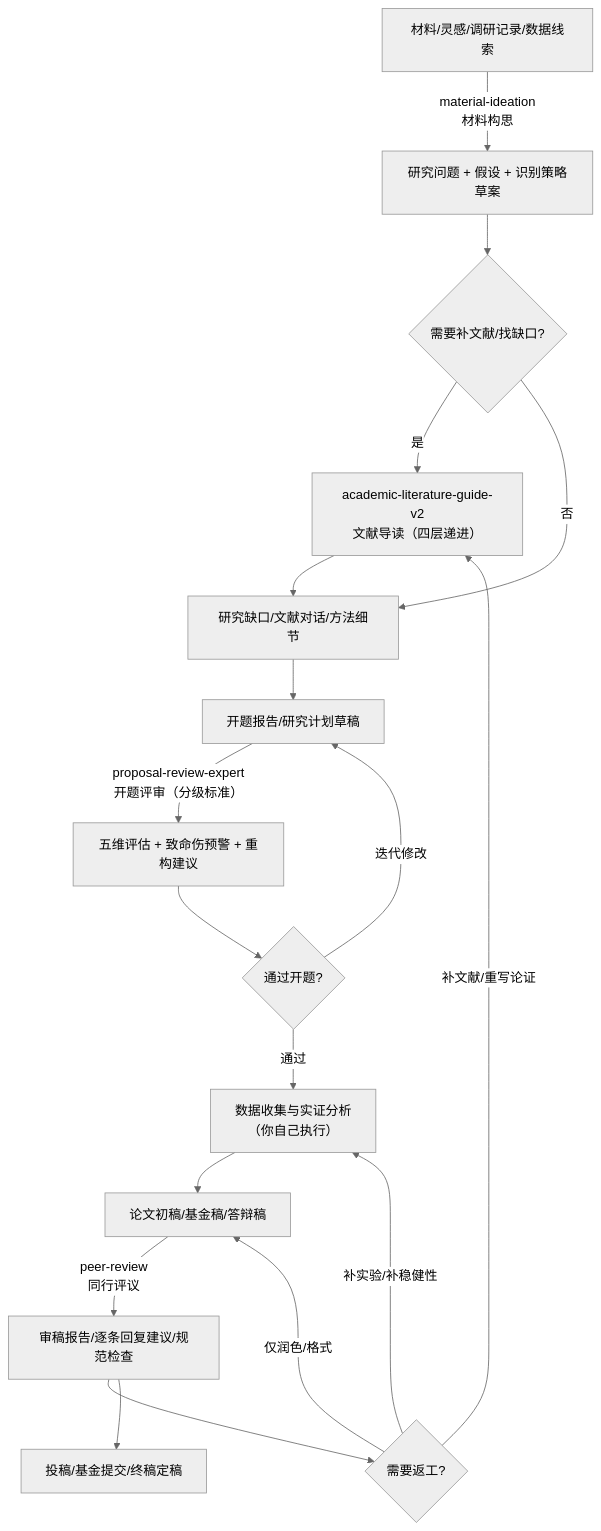
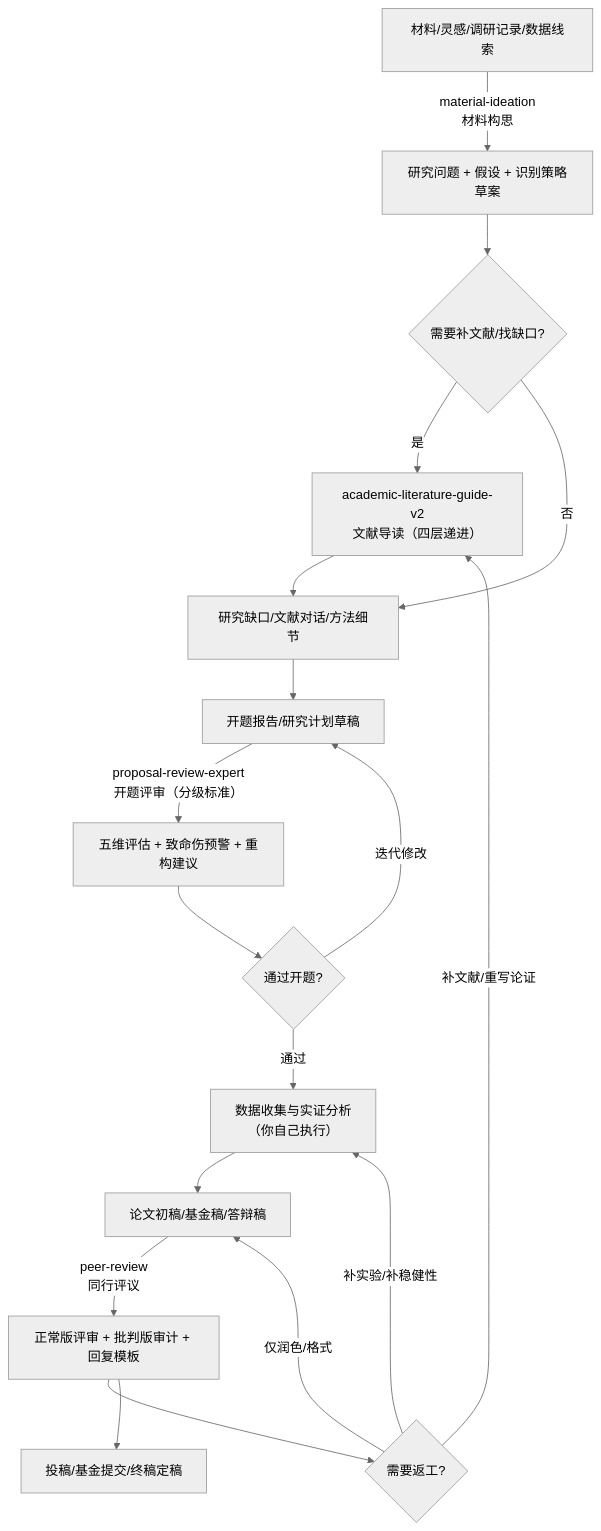
The diagram in README.md (jefeerzhang/myskill), drawn with Mermaid (neutral theme) before and after one commit. The commit also changed other lines of this file and 12 other files, not shown here.

````diff
--- a/README.md
+++ b/README.md
@@ -26,24 +25,24 @@
 ```mermaid
 flowchart TD
   A[材料/灵感/调研记录/数据线索] -->|material-ideation\n材料构思| B[研究问题 + 假设 + 识别策略草案]
 
   B --> C{需要补文献/找缺口?}
   C -->|是| D[academic-literature-guide-v2\n文献导读（四层递进）]
   D --> E[研究缺口/文献对话/方法细节]
   C -->|否| E
 
   E --> F[开题报告/研究计划草稿]
   F -->|proposal-review-expert\n开题评审（分级标准）| G[五维评估 + 致命伤预警 + 重构建议]
   G --> H{通过开题?}
   H -->|迭代修改| F
   H -->|通过| I[数据收集与实证分析\n（你自己执行）]
 
   I --> J[论文初稿/基金稿/答辩稿]
-  J -->|peer-review\n同行评议| K[审稿报告/逐条回复建议/规范检查]
+  J -->|peer-review\n同行评议| K[正常版评审 + 批判版审计 + 回复模板]
   K --> L{需要返工?}
   L -->|补实验/补稳健性| I
   L -->|补文献/重写论证| D
   L -->|仅润色/格式| J
 
   K --> M[投稿/基金提交/终稿定稿]
 ```
````
